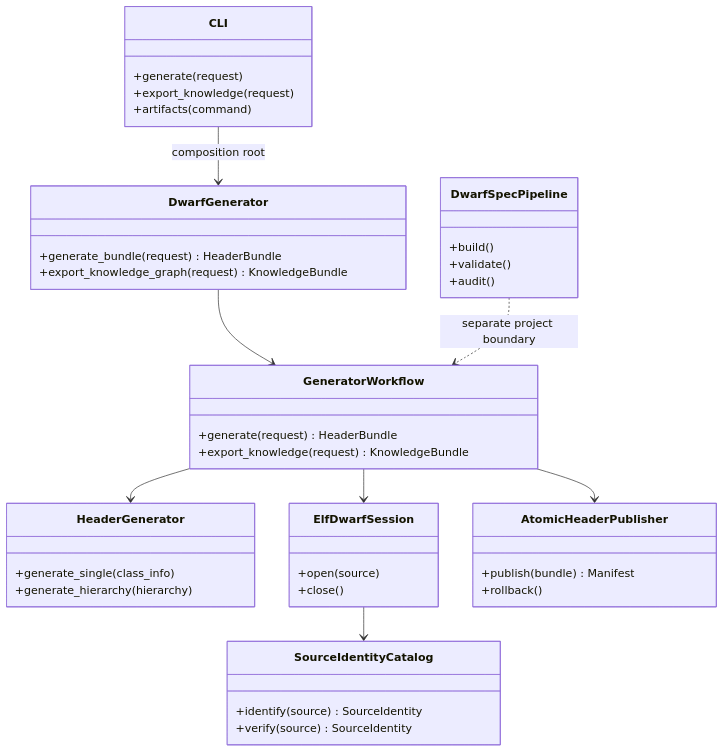
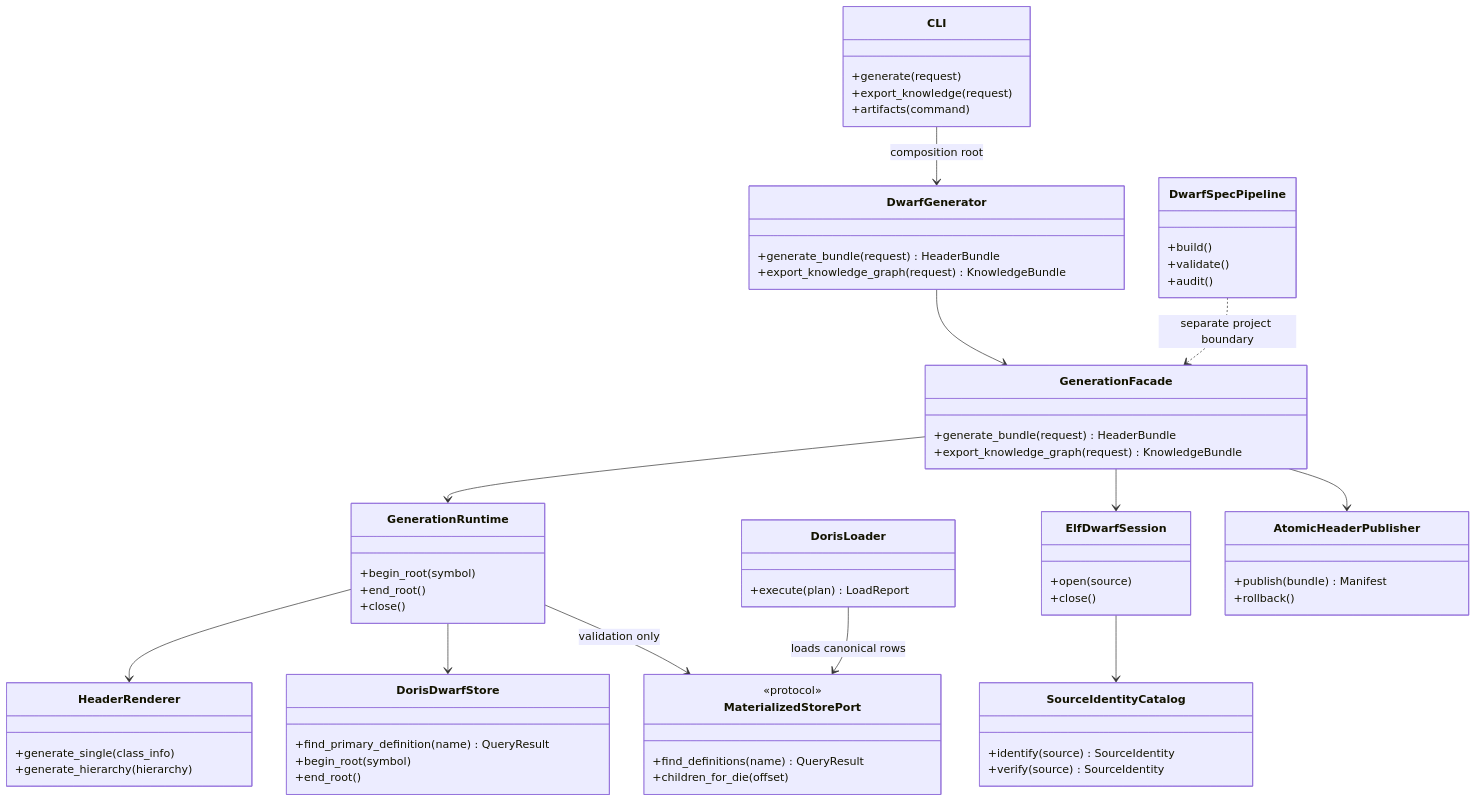
The second of 2 diagrams in docs/explanation/architecture/containers.md (ddon-research/ddon-dwarf-reconstructor), drawn with Mermaid before and after one commit. The commit also changed 135 other files, not shown here.

````diff
--- a/docs/explanation/architecture/containers.md
+++ b/docs/explanation/architecture/containers.md
@@ -36,45 +36,67 @@
 ```mermaid
 classDiagram
     class CLI {
         +generate(request)
         +export_knowledge(request)
         +artifacts(command)
     }
     class DwarfGenerator {
         +generate_bundle(request) HeaderBundle
         +export_knowledge_graph(request) KnowledgeBundle
     }
-    class GeneratorWorkflow {
-        +generate(request) HeaderBundle
-        +export_knowledge(request) KnowledgeBundle
+    class GenerationFacade {
+        +generate_bundle(request) HeaderBundle
+        +export_knowledge_graph(request) KnowledgeBundle
     }
-    class HeaderGenerator {
+    class GenerationRuntime {
+        +begin_root(symbol)
+        +end_root()
+        +close()
+    }
+    class HeaderRenderer {
         +generate_single(class_info)
         +generate_hierarchy(hierarchy)
+    }
+    class DorisDwarfStore {
+        +find_primary_definition(name) QueryResult
+        +begin_root(symbol)
+        +end_root()
+    }
+    class MaterializedStorePort {
+        <<protocol>>
+        +find_definitions(name) QueryResult
+        +children_for_die(offset)
+    }
+    class DorisLoader {
+        +execute(plan) LoadReport
     }
     class ElfDwarfSession {
         +open(source)
         +close()
     }
     class SourceIdentityCatalog {
         +identify(source) SourceIdentity
         +verify(source) SourceIdentity
     }
     class AtomicHeaderPublisher {
         +publish(bundle) Manifest
         +rollback()
     }
     class DwarfSpecPipeline {
         +build()
         +validate()
         +audit()
     }
 
     CLI --> DwarfGenerator : composition root
-    DwarfGenerator --> GeneratorWorkflow
-    GeneratorWorkflow --> HeaderGenerator
-    GeneratorWorkflow --> ElfDwarfSession
+    DwarfGenerator --> GenerationFacade
+    GenerationFacade --> GenerationRuntime
+    GenerationRuntime --> HeaderRenderer
+    GenerationRuntime --> DorisDwarfStore
+    GenerationRuntime --> MaterializedStorePort : validation only
+    GenerationFacade --> ElfDwarfSession
     ElfDwarfSession --> SourceIdentityCatalog
-    GeneratorWorkflow --> AtomicHeaderPublisher
-    DwarfSpecPipeline ..> GeneratorWorkflow : separate project boundary
+    GenerationFacade --> AtomicHeaderPublisher
+    DorisLoader --> MaterializedStorePort : loads canonical rows
+    DwarfSpecPipeline ..> GenerationFacade : separate project boundary
 ```
````
